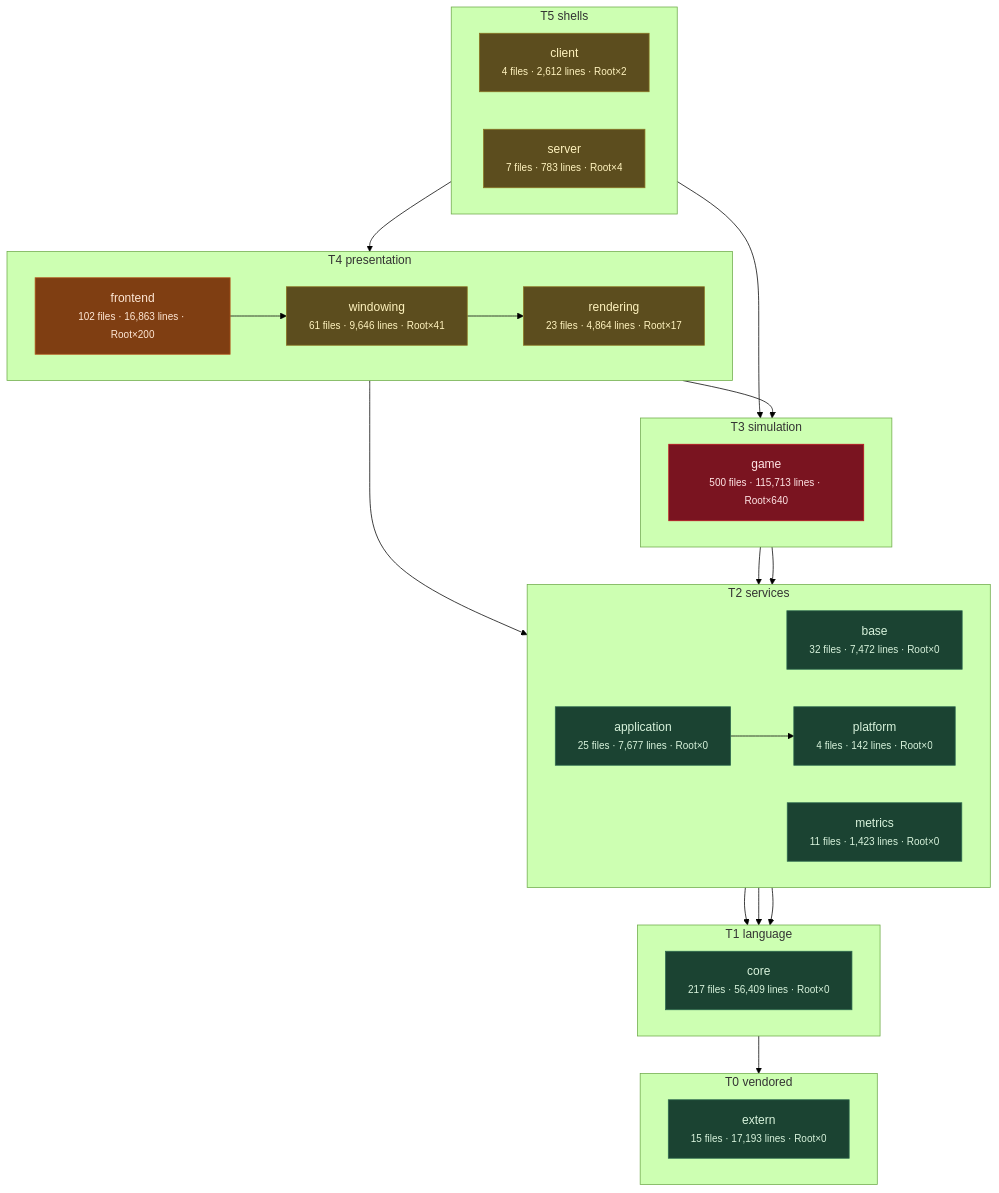
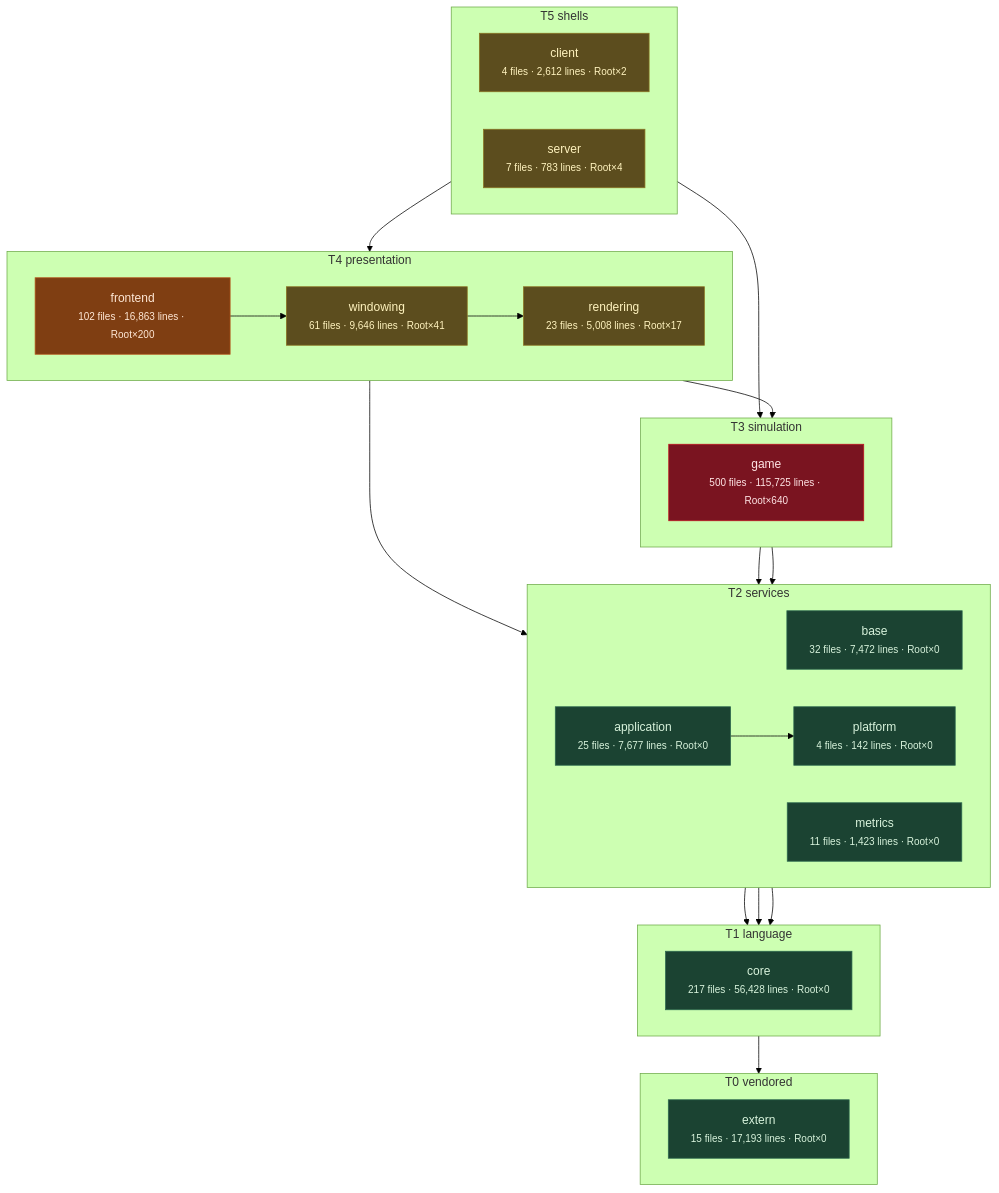
One commit to apnex/OpenStarbound changed the third of 11 diagrams in docs/architecture/system-boundaries.md. Above: the diagram before and after it, drawn with Mermaid (forest theme). The commit also changed other lines of this file and 6 other files, not shown here.

````diff
--- a/docs/architecture/system-boundaries.md
+++ b/docs/architecture/system-boundaries.md
@@ -271,54 +271,54 @@
 ```mermaid
 flowchart TD
   subgraph T0["T0 vendored"]
     direction LR
     extern["extern<br/><small>15 files · 17,193 lines · Root×0</small>"]
   end
   subgraph T1["T1 language"]
     direction LR
-    core["core<br/><small>217 files · 56,409 lines · Root×0</small>"]
+    core["core<br/><small>217 files · 56,428 lines · Root×0</small>"]
   end
   subgraph T2["T2 services"]
     direction LR
     base["base<br/><small>32 files · 7,472 lines · Root×0</small>"]
     metrics["metrics<br/><small>11 files · 1,423 lines · Root×0</small>"]
     platform["platform<br/><small>4 files · 142 lines · Root×0</small>"]
     application["application<br/><small>25 files · 7,677 lines · Root×0</small>"]
   end
   subgraph T3["T3 simulation"]
     direction LR
-    game["game<br/><small>500 files · 115,713 lines · Root×640</small>"]
+    game["game<br/><small>500 files · 115,725 lines · Root×640</small>"]
   end
   subgraph T4["T4 presentation"]
     direction LR
-    rendering["rendering<br/><small>23 files · 4,864 lines · Root×17</small>"]
+    rendering["rendering<br/><small>23 files · 5,008 lines · Root×17</small>"]
     windowing["windowing<br/><small>61 files · 9,646 lines · Root×41</small>"]
     frontend["frontend<br/><small>102 files · 16,863 lines · Root×200</small>"]
   end
   subgraph T5["T5 shells"]
     direction LR
     client["client<br/><small>4 files · 2,612 lines · Root×2</small>"]
     server["server<br/><small>7 files · 783 lines · Root×4</small>"]
   end
   core --> extern
   base --> core
   metrics --> core
   platform --> core
   application --> platform
   game --> base
   game --> platform
   rendering --> application
   rendering --> game
   windowing --> rendering
   frontend --> windowing
   client --> frontend
   server --> game
   classDef clean fill:#1b4332,stroke:#2d6a4f,color:#d8f3dc
   classDef warm  fill:#5c4d1e,stroke:#8a7420,color:#fff3bf
   classDef hot   fill:#7f3e12,stroke:#b5561b,color:#ffe8d6
   classDef blaze fill:#7a1420,stroke:#c1121f,color:#ffe5e5
   class extern,core,base,metrics,platform,application clean
   class rendering,windowing,client,server warm
   class frontend hot
   class game blaze
 ```
````
